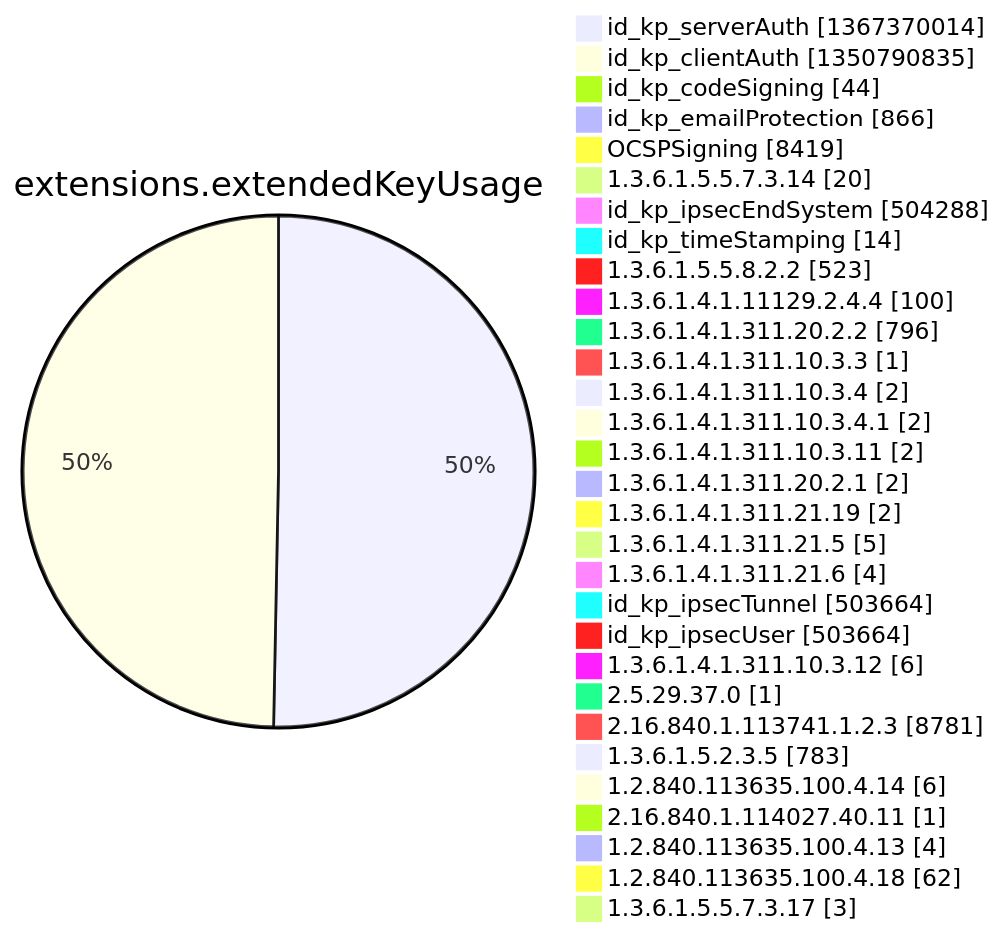
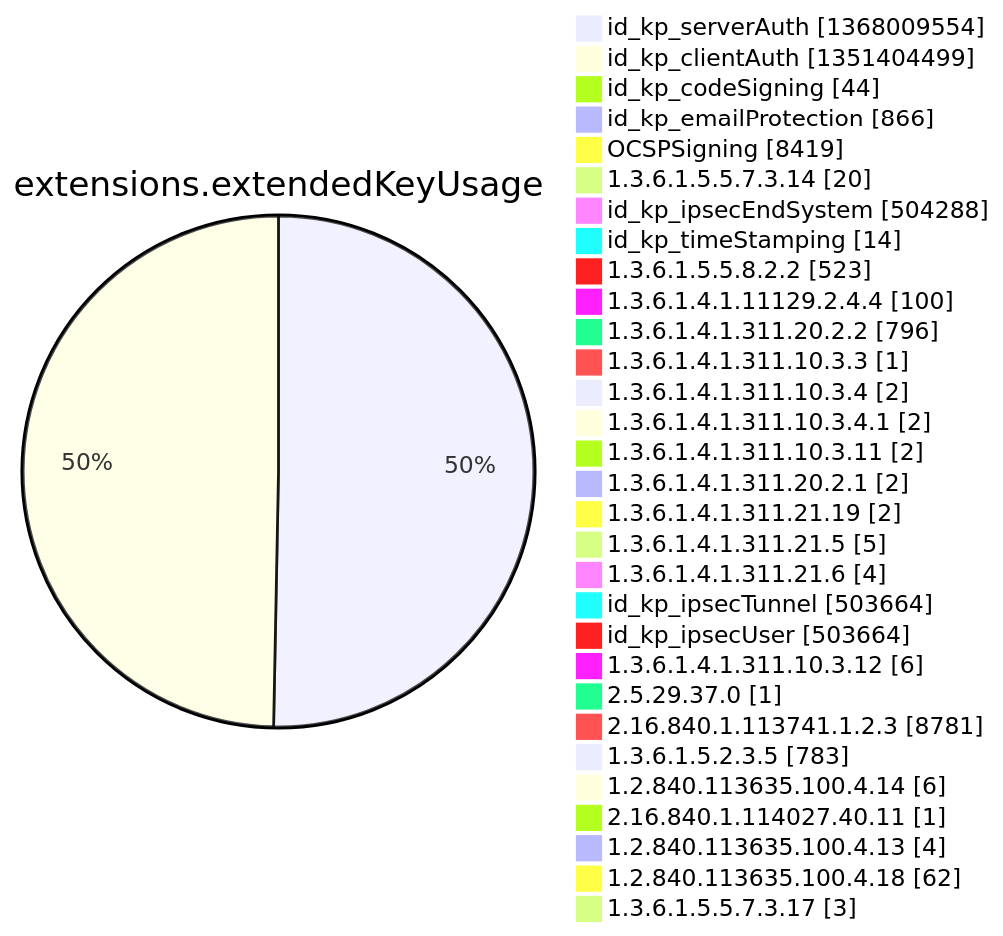
Diagram 12 of 15 in argon2022/README.md (christiankrug/ctmonitor_visualization), drawn with Mermaid before and after one commit. The commit also changed other lines of this file, not shown here.

````diff
--- a/argon2022/README.md
+++ b/argon2022/README.md
@@ -3553,34 +3553,34 @@
 ```mermaid
 pie showData
 title extensions.extendedKeyUsage
-"id_kp_serverAuth" :1367370014
-"id_kp_clientAuth" :1350790835
+"id_kp_serverAuth" :1368009554
+"id_kp_clientAuth" :1351404499
 "id_kp_codeSigning" :44
 "id_kp_emailProtection" :866
 "OCSPSigning" :8419
 "1.3.6.1.5.5.7.3.14" :20
 "id_kp_ipsecEndSystem" :504288
 "id_kp_timeStamping" :14
 "1.3.6.1.5.5.8.2.2" :523
 "1.3.6.1.4.1.11129.2.4.4" :100
 "1.3.6.1.4.1.311.20.2.2" :796
 "1.3.6.1.4.1.311.10.3.3" :1
 "1.3.6.1.4.1.311.10.3.4" :2
 "1.3.6.1.4.1.311.10.3.4.1" :2
 "1.3.6.1.4.1.311.10.3.11" :2
 "1.3.6.1.4.1.311.20.2.1" :2
 "1.3.6.1.4.1.311.21.19" :2
 "1.3.6.1.4.1.311.21.5" :5
 "1.3.6.1.4.1.311.21.6" :4
 "id_kp_ipsecTunnel" :503664
 "id_kp_ipsecUser" :503664
 "1.3.6.1.4.1.311.10.3.12" :6
 "2.5.29.37.0" :1
 "2.16.840.1.113741.1.2.3" :8781
 "1.3.6.1.5.2.3.5" :783
 "1.2.840.113635.100.4.14" :6
 "2.16.840.1.114027.40.11" :1
 "1.2.840.113635.100.4.13" :4
 "1.2.840.113635.100.4.18" :62
 "1.3.6.1.5.5.7.3.17" :3
 ```
````
